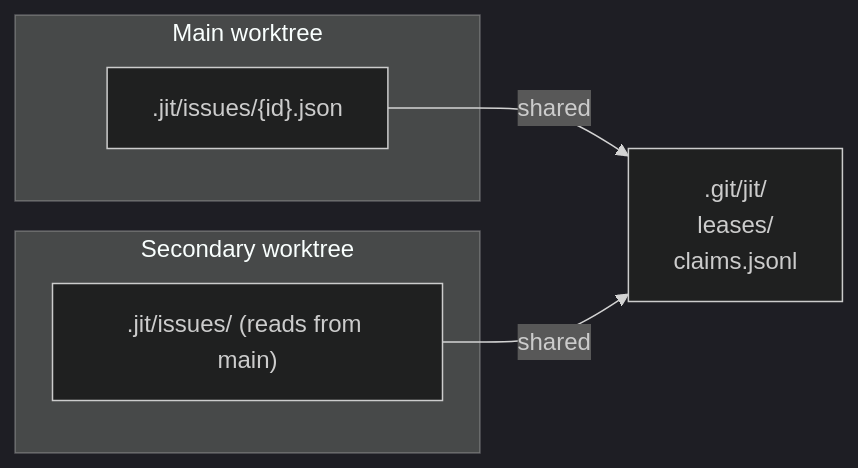
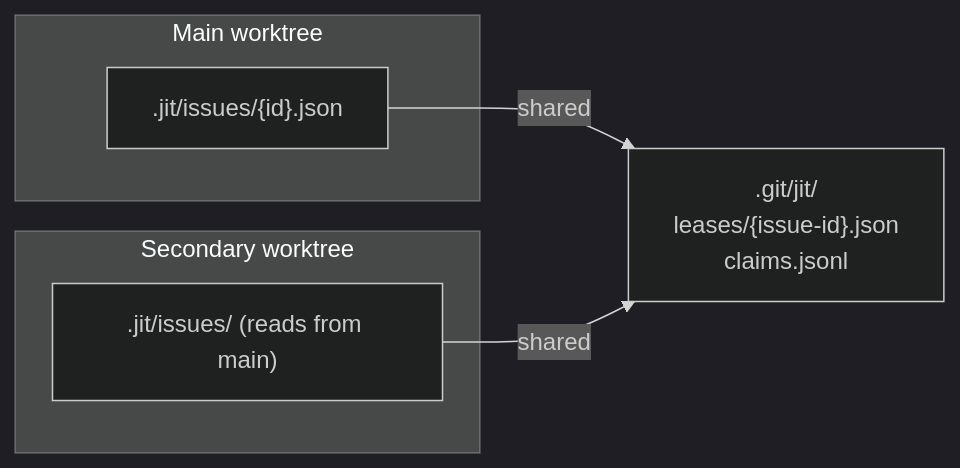
Before and after one commit to erankavija/just-in-time: the diagram in docs/tutorials/parallel-work-worktrees.md, drawn with Mermaid (dark theme). The commit also changed other lines of this file and 10 other files, not shown here.

First line of the commit message:
docs(jit:f0a5b90a): lease docs address leases by issue over per-issue records

````diff
--- a/docs/tutorials/parallel-work-worktrees.md
+++ b/docs/tutorials/parallel-work-worktrees.md
@@ -205,12 +205,12 @@
 ```mermaid
 flowchart LR
     subgraph Main["Main worktree"]
         MI[".jit/issues/{id}.json"]
     end
     subgraph Secondary["Secondary worktree"]
         SI[".jit/issues/ (reads from main)"]
     end
-    CP[".git/jit/<br/>leases/<br/>claims.jsonl"]
+    CP[".git/jit/<br/>leases/{issue-id}.json<br/>claims.jsonl"]
     MI -->|shared| CP
     SI -->|shared| CP
 ```
````
